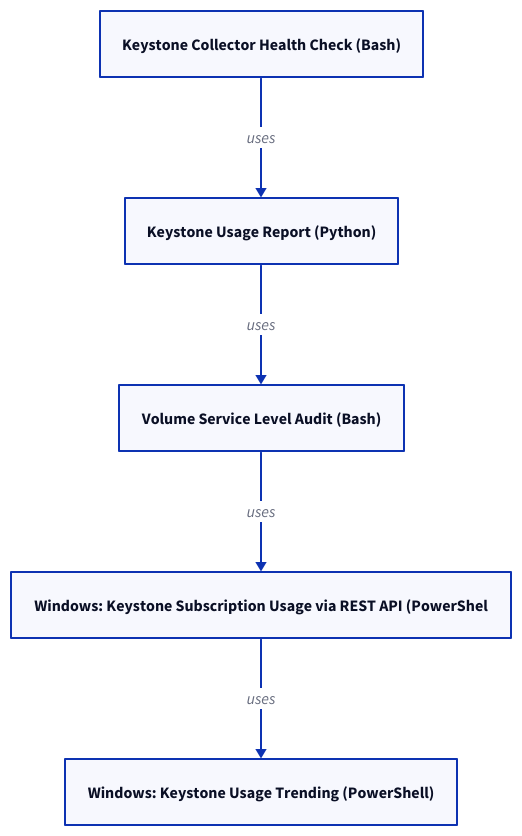
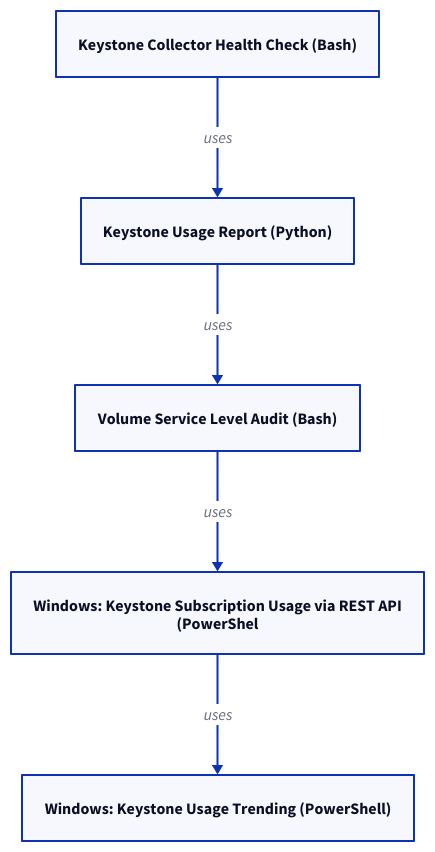
Before and after one commit to canast01/chris-kb: the diagram in docs/storage/netapp/keystone/scripts/index.md, drawn with D2. The commit also changed 192 other files, not shown here.

````diff
--- a/docs/storage/netapp/keystone/scripts/index.md
+++ b/docs/storage/netapp/keystone/scripts/index.md
@@ -15,14 +15,14 @@
 ```d2
 direction: down
 
 keystone_collector_health_check_bash: "Keystone Collector Health Check (Bash)" {shape: rectangle}
 keystone_usage_report_python: "Keystone Usage Report (Python)" {shape: rectangle}
 volume_service_level_audit_bash: "Volume Service Level Audit (Bash)" {shape: rectangle}
-windows_keystone_subscription_usage_: "Windows: Keystone Subscription Usage via REST API (PowerShel" {shape: rectangle}
+windows_keystone_subscription_usage_: "Windows: Keystone Subscription Usage via REST API\n(PowerShel" {shape: rectangle}
 windows_keystone_usage_trending_powe: "Windows: Keystone Usage Trending (PowerShell)" {shape: rectangle}
 
 keystone_collector_health_check_bash -> keystone_usage_report_python: uses
 keystone_usage_report_python -> volume_service_level_audit_bash: uses
 volume_service_level_audit_bash -> windows_keystone_subscription_usage_: uses
 windows_keystone_subscription_usage_ -> windows_keystone_usage_trending_powe: uses
 ```
````
